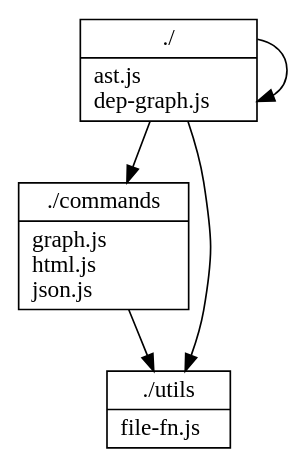
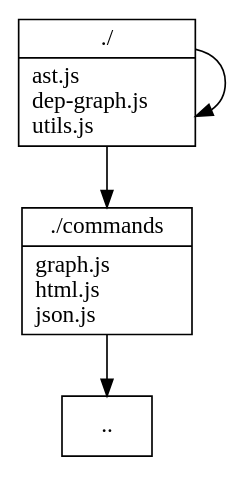
One commit to fleebe/dep-graph changed the diagram in __tests__/out-eg/srcPackage.dot. Above: the diagram before and after it, drawn with Graphviz. The commit also changed 15 other files, not shown here.

```diff
--- a/__tests__/out-eg/srcPackage.dot
+++ b/__tests__/out-eg/srcPackage.dot
@@ -1,22 +1,18 @@
 digraph {
 node [shape=record];
 "./" [label="{./|
 	ast.js\l
 	dep-graph.js\l
+	utils.js\l
 }"];
 
 "./commands" [label="{./commands|
 	graph.js\l
 	html.js\l
 	json.js\l
 }"];
 
-"./utils" [label="{./utils|
-	file-fn.js\l
-}"];
-
-"./"->"./utils"
 "./"->"./"
 "./"->"./commands"
-"./commands"->"./utils"
+"./commands"->".."
 }
```
